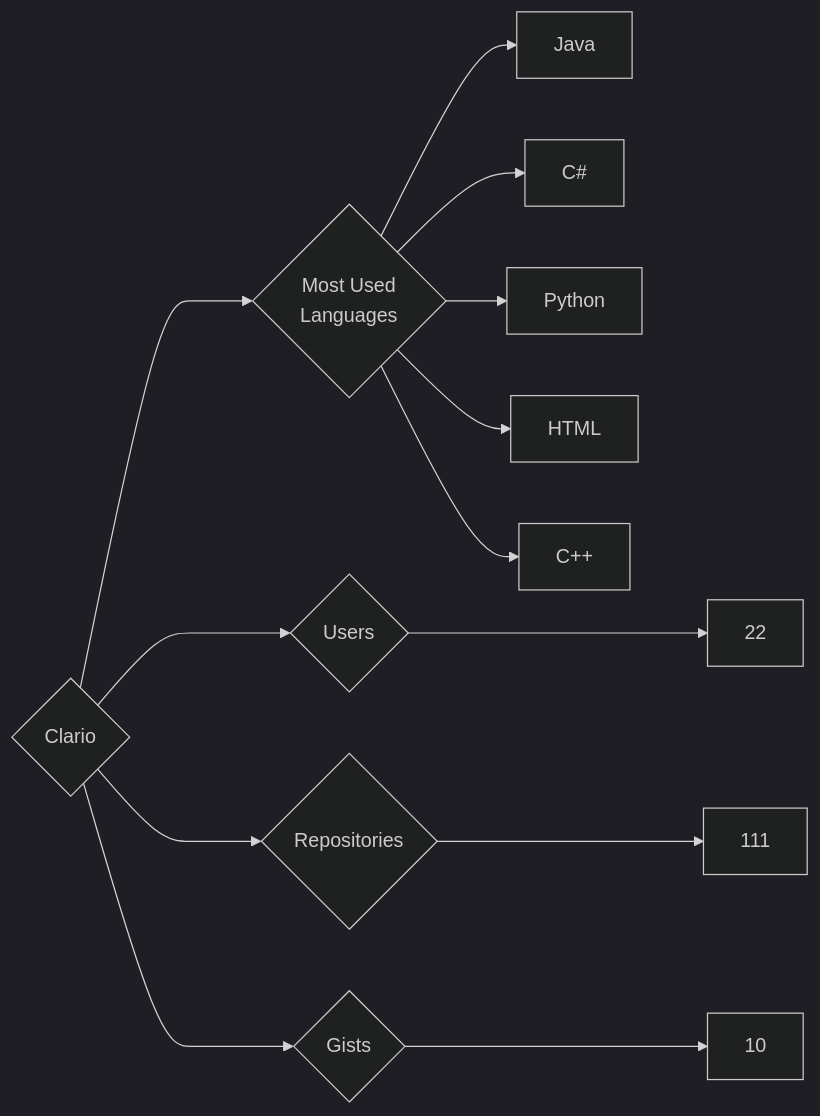
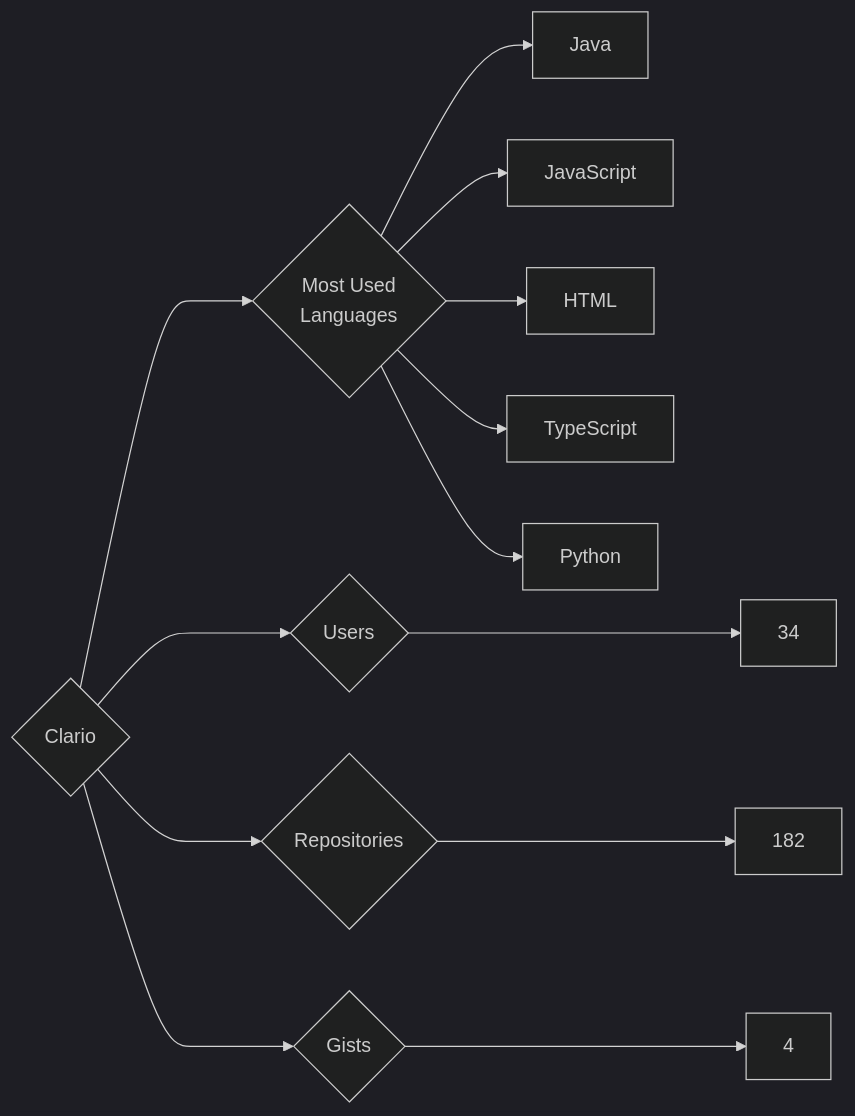
Before and after one commit to trickest/insiders: the diagram in targets/Clario/README.md, drawn with Mermaid (dark theme). The commit also changed 924 other files, not shown here.

````diff
--- a/targets/Clario/README.md
+++ b/targets/Clario/README.md
@@ -3,13 +3,13 @@
 ```mermaid
 graph LR
 COMPANY_NAME{Clario}
-COMPANY_NAME ---> U{Users} ---> UN[22]
-COMPANY_NAME ---> R{Repositories} ---> RN[111]
-COMPANY_NAME ---> G{Gists} ---> GN[10]
+COMPANY_NAME ---> U{Users} ---> UN[34]
+COMPANY_NAME ---> R{Repositories} ---> RN[182]
+COMPANY_NAME ---> G{Gists} ---> GN[4]
 COMPANY_NAME ---> ML{Most Used<br>Languages}
 ML --> Java[Java]
-ML --> C#[C#]
+ML --> JavaScript[JavaScript]
+ML --> HTML[HTML]
+ML --> TypeScript[TypeScript]
 ML --> Python[Python]
-ML --> HTML[HTML]
-ML --> C++[C++]
 ```
````
